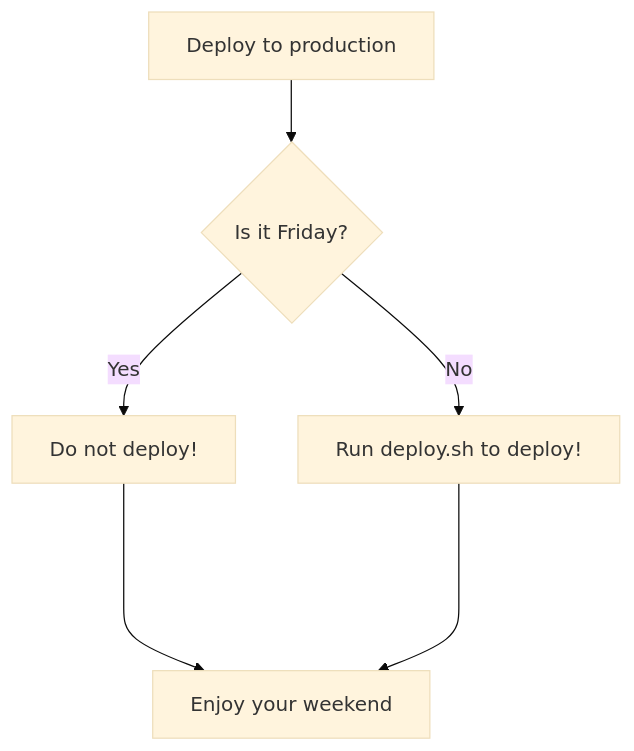
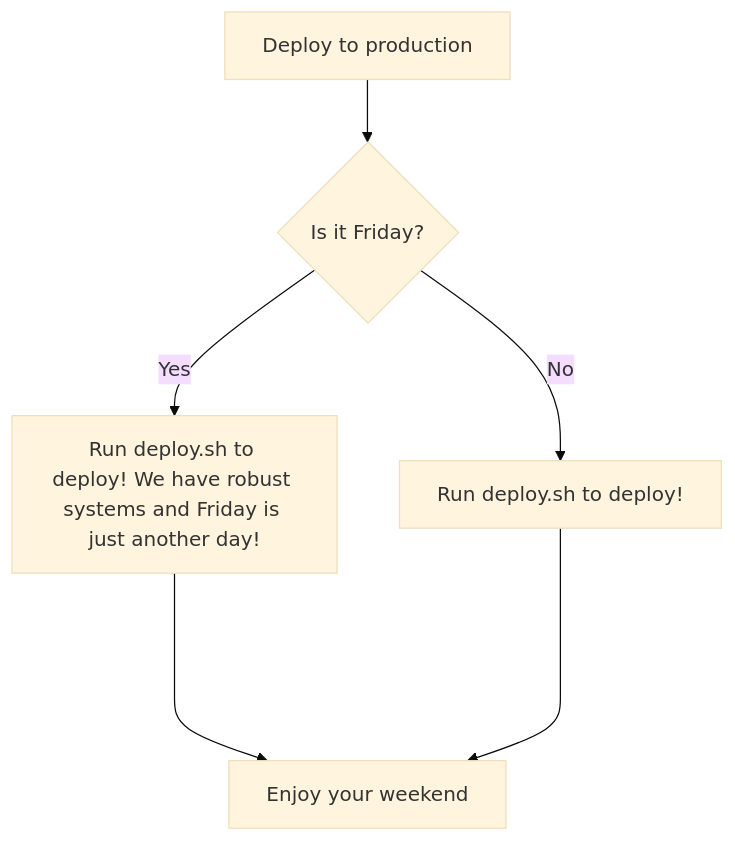
Before and after one commit to asos-simonjobling/asos-simonjobling: the first of 2 diagrams in flow.md, drawn with Mermaid (base theme).

````diff
--- a/flow.md
+++ b/flow.md
@@ -5,8 +5,8 @@
 ```mermaid
 flowchart TD
   A[Deploy to production] --> B{Is it Friday?};
-  B -- Yes --> C[Do not deploy!];
+  B -- Yes --> C[Run deploy.sh to deploy! We have robust systems and Friday is just another day!];
   B -- No --> D[Run deploy.sh to deploy!];
   C ----> E[Enjoy your weekend];
   D ----> E[Enjoy your weekend];
 ```
````
